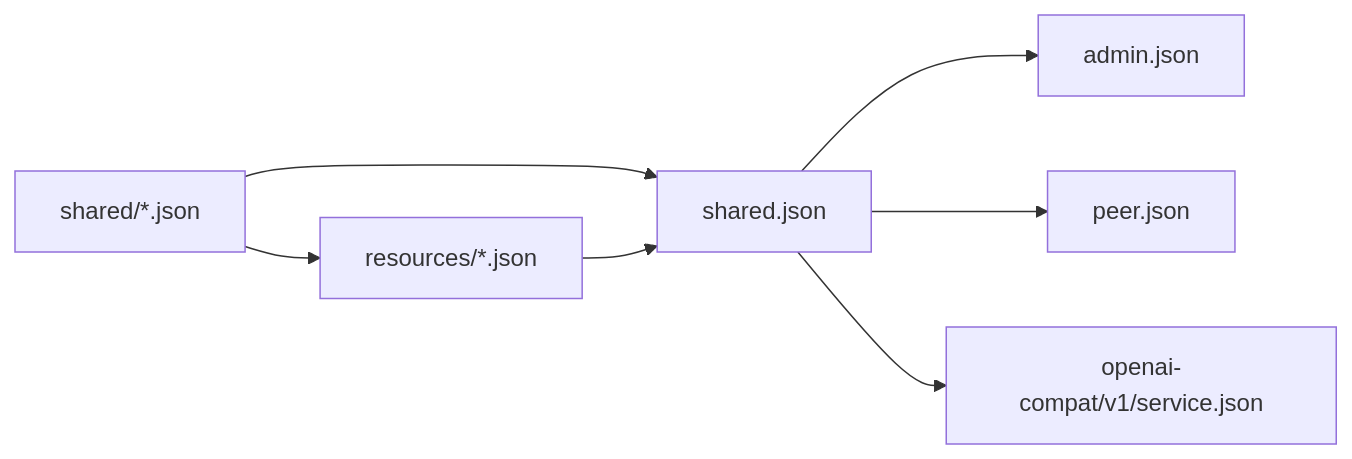
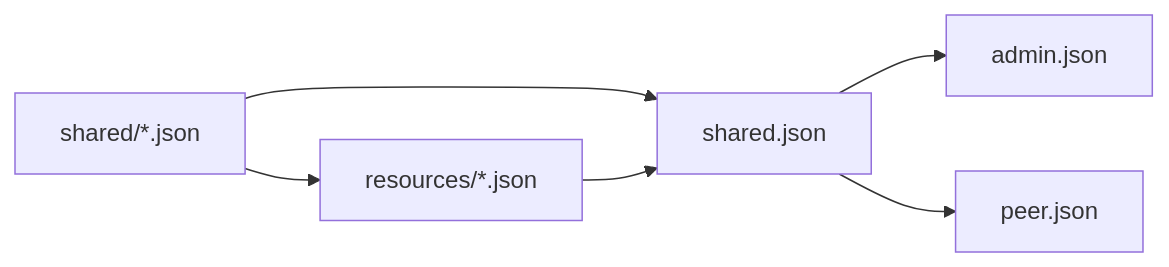
Before and after one commit to GizClaw/gizclaw: the diagram in guides/en/developing/api/http/type-dependencies.md, drawn with Mermaid. The commit also changed other lines of this file and 44 other files, not shown here.

````diff
--- a/guides/en/developing/api/http/type-dependencies.md
+++ b/guides/en/developing/api/http/type-dependencies.md
@@ -23,9 +20,8 @@
 ```mermaid
 flowchart LR
     Shared["shared/*.json"] --> SharedIndex["shared.json"]
     Shared --> Resources["resources/*.json"]
     Resources --> SharedIndex
     SharedIndex --> Admin["admin.json"]
     SharedIndex --> Public["peer.json"]
-    SharedIndex --> OpenAI["openai-compat/v1/service.json"]
 ```
````
